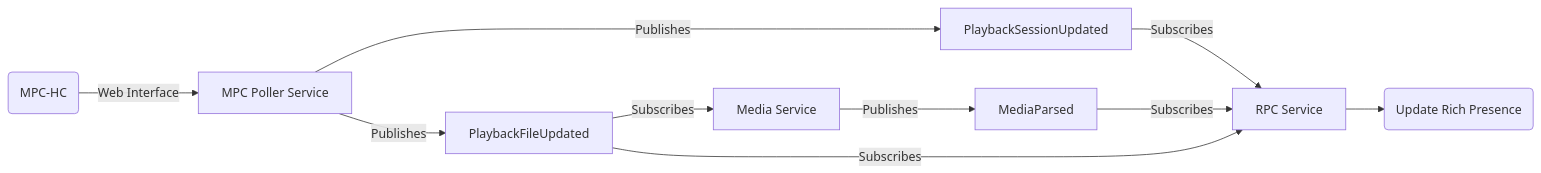
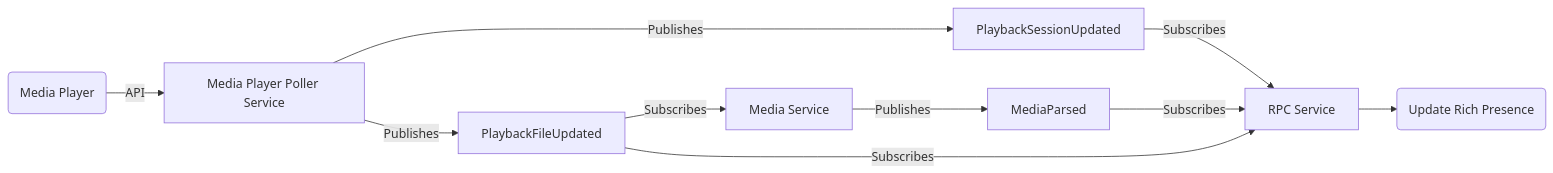
One commit to heatoz/media-rpc changed the diagram in ARCHITECTURE.md. Above: the diagram before and after it, drawn with Mermaid. The commit also changed other lines of this file, not shown here.

````diff
--- a/ARCHITECTURE.md
+++ b/ARCHITECTURE.md
@@ -5,25 +5,25 @@
 ```mermaid
 graph LR
     PlaybackSessionUpdated["PlaybackSessionUpdated"]
     PlaybackFileUpdated["PlaybackFileUpdated"]
     UpdateRichPresence("Update Rich Presence")
-    MpcPollerService["MPC Poller Service"]
+    MediaPlayerPollerService["Media Player Poller Service"]
     MediaService["Media Service"]
     MediaParsed["MediaParsed"]
     RpcService["RPC Service"]
-    MPCHC("MPC-HC")
+    MediaPlayer("Media Player")
 
-    MPCHC -->|Web Interface| MpcPollerService
+    MediaPlayer -->|API| MediaPlayerPollerService
 
-    MpcPollerService -->|Publishes| PlaybackFileUpdated
-    MpcPollerService -->|Publishes| PlaybackSessionUpdated
+    MediaPlayerPollerService -->|Publishes| PlaybackFileUpdated
+    MediaPlayerPollerService -->|Publishes| PlaybackSessionUpdated
 
     PlaybackFileUpdated -->|Subscribes| MediaService
     MediaService -->|Publishes| MediaParsed
 
     PlaybackSessionUpdated -->|Subscribes| RpcService
     MediaParsed -->|Subscribes| RpcService
     PlaybackFileUpdated -->|Subscribes| RpcService
 
     RpcService --> UpdateRichPresence
 ```
````
